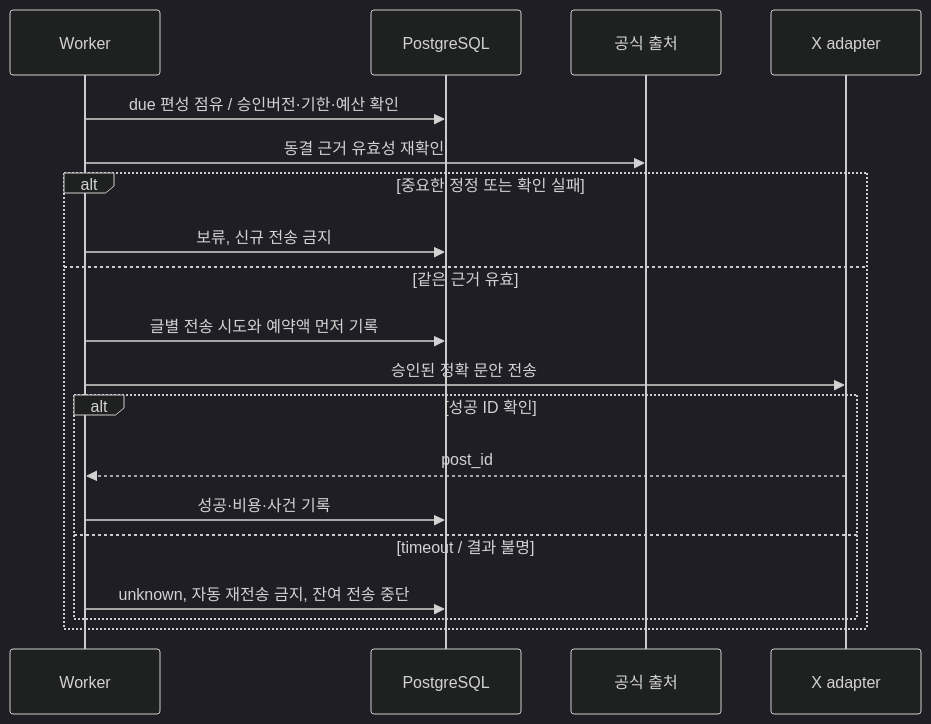
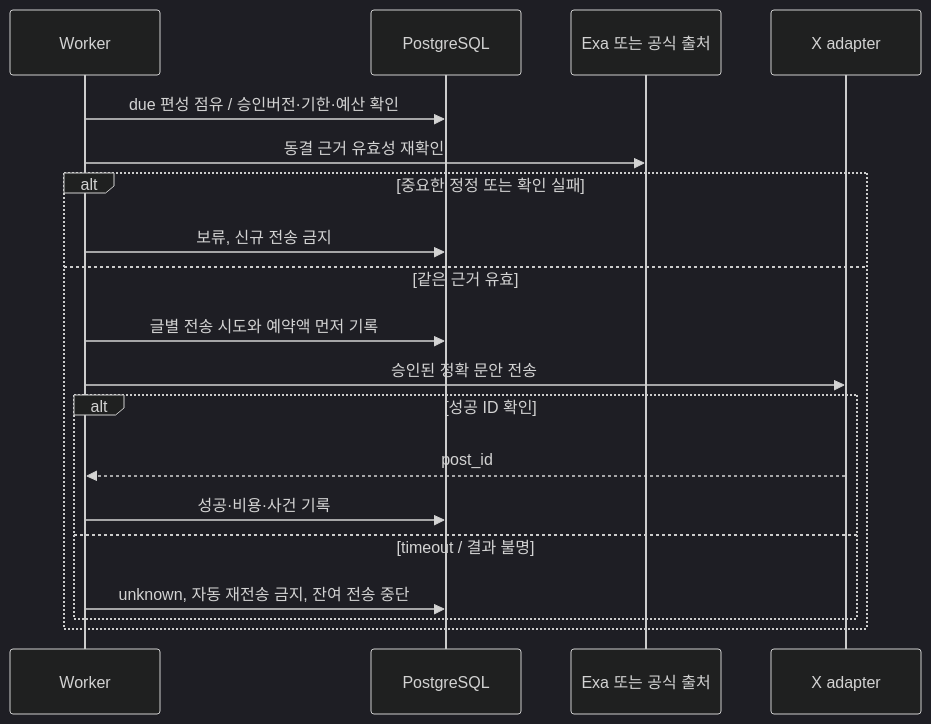
The third of 3 diagrams in docs/specifications/시스템_구성과_주요_시퀀스.md (luvulmi/xfolio), drawn with Mermaid (dark theme) before and after one commit. The commit also changed other lines of this file and 24 other files, not shown here.

````diff
--- a/docs/specifications/시스템_구성과_주요_시퀀스.md
+++ b/docs/specifications/시스템_구성과_주요_시퀀스.md
@@ -65,21 +68,21 @@
 ```mermaid
 sequenceDiagram
   participant W as Worker
   participant D as PostgreSQL
-  participant P as 공식 출처
+  participant P as Exa 또는 공식 출처
   participant X as X adapter
   W->>D: due 편성 점유 / 승인버전·기한·예산 확인
   W->>P: 동결 근거 유효성 재확인
   alt 중요한 정정 또는 확인 실패
     W->>D: 보류, 신규 전송 금지
   else 같은 근거 유효
     W->>D: 글별 전송 시도와 예약액 먼저 기록
     W->>X: 승인된 정확 문안 전송
     alt 성공 ID 확인
       X-->>W: post_id
       W->>D: 성공·비용·사건 기록
     else timeout / 결과 불명
       W->>D: unknown, 자동 재전송 금지, 잔여 전송 중단
     end
   end
 ```
````
